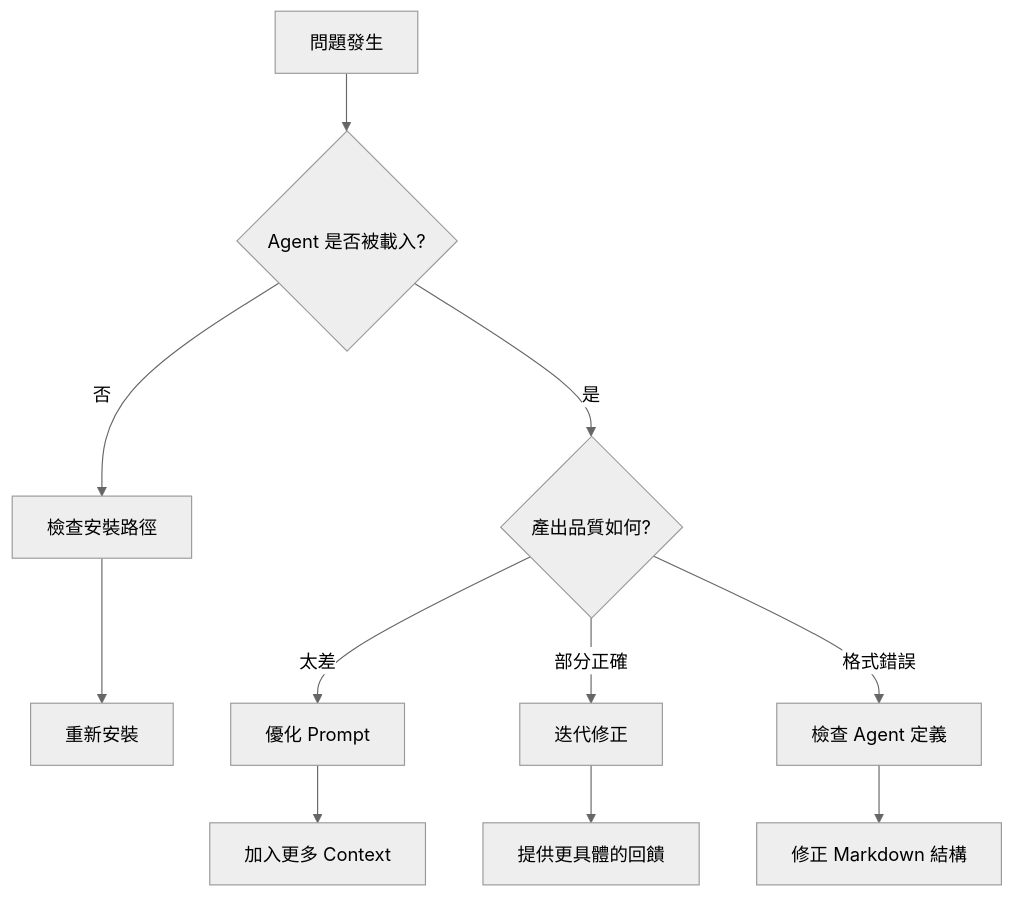
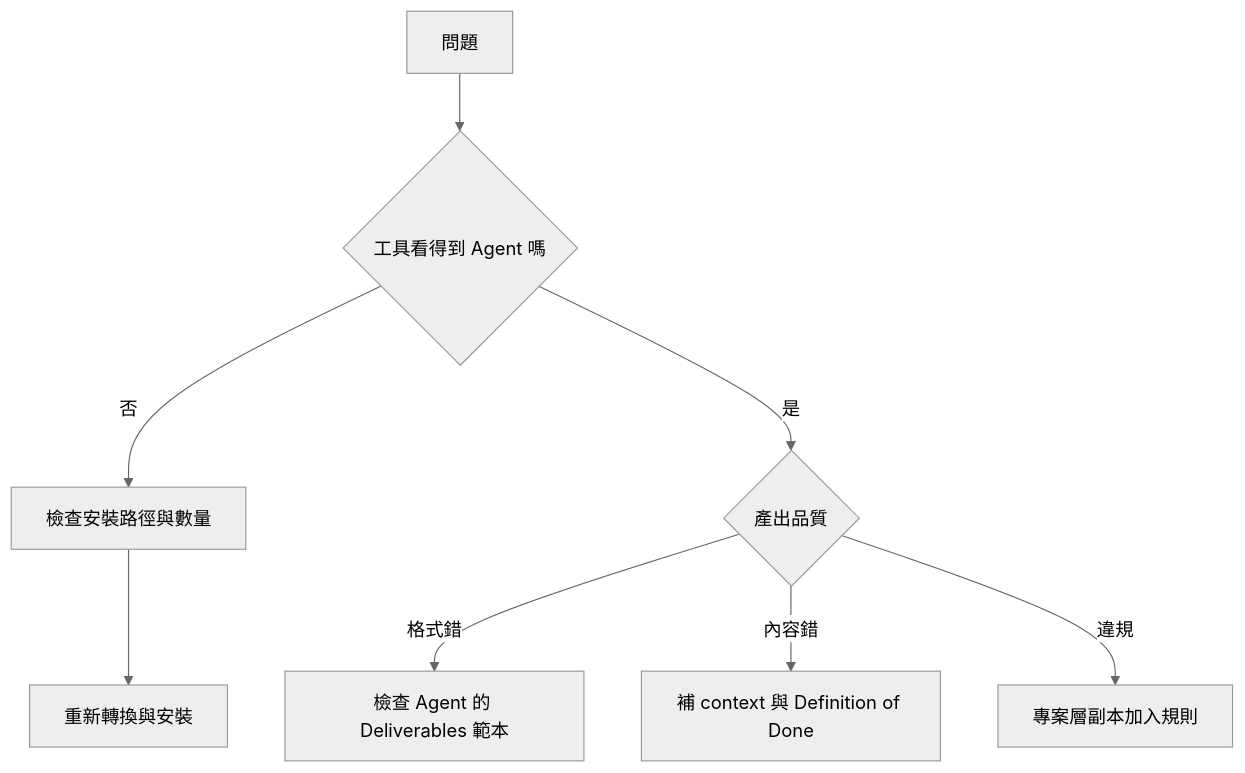
Before and after one commit to chihhung/Blog: diagram 12 of 15 in content/posts/教學/AI開發/agency-agents教學手冊.md, drawn with Mermaid (neutral theme). The commit also changed other lines of this file and 1 other file, not shown here.

````diff
--- a/content/posts/教學/AI開發/agency-agents教學手冊.md
+++ b/content/posts/教學/AI開發/agency-agents教學手冊.md
@@ -2520,13 +2967,10 @@
 ```mermaid
 graph TD
-    A[問題發生] --> B{Agent 是否被載入?}
-    B -->|否| C[檢查安裝路徑]
-    C --> D[重新安裝]
-    B -->|是| E{產出品質如何?}
-    E -->|太差| F[優化 Prompt]
-    E -->|部分正確| G[迭代修正]
-    E -->|格式錯誤| H[檢查 Agent 定義]
-    F --> I[加入更多 Context]
-    G --> J[提供更具體的回饋]
-    H --> K[修正 Markdown 結構]
+    A[問題] --> B{工具看得到 Agent 嗎}
+    B -->|否| C[檢查安裝路徑與數量]
+    C --> D[重新轉換與安裝]
+    B -->|是| E{產出品質}
+    E -->|格式錯| F[檢查 Agent 的 Deliverables 範本]
+    E -->|內容錯| G[補 context 與 Definition of Done]
+    E -->|違規| H[專案層副本加入規則]
 ```
````
